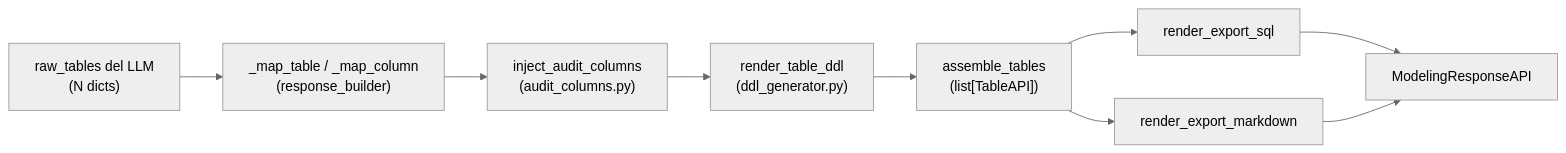
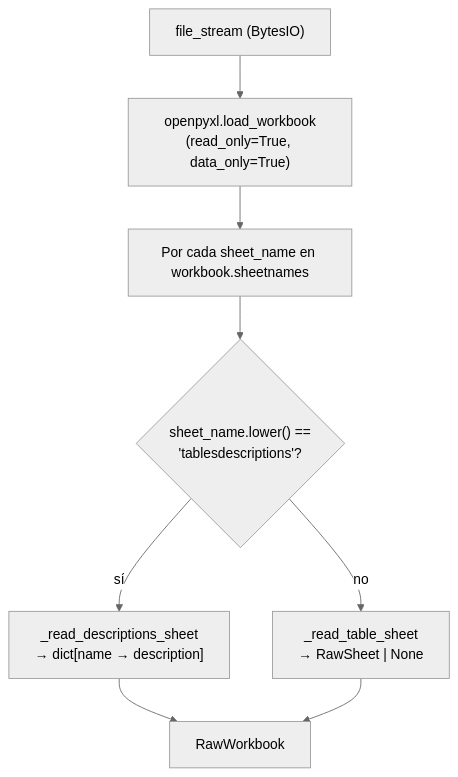
Before and after one commit to Carlosmps97/backend-data-model-hub: the second of 3 diagrams in doc/workflow.md, drawn with Mermaid (neutral theme). The commit also changed other lines of this file and 15 other files, not shown here.

````diff
--- a/doc/workflow.md
+++ b/doc/workflow.md
@@ -274,11 +51,10 @@
 ```mermaid
-flowchart LR
-    LLM["raw_tables del LLM<br/>(N dicts)"] --> MAP["_map_table / _map_column<br/>(response_builder)"]
-    MAP --> AC["inject_audit_columns<br/>(audit_columns.py)"]
-    AC --> DDL["render_table_ddl<br/>(ddl_generator.py)"]
-    DDL --> AGG["assemble_tables<br/>(list[TableAPI])"]
-    AGG --> SQL["render_export_sql"]
-    AGG --> MD["render_export_markdown"]
-    SQL --> RES["ModelingResponseAPI"]
-    MD --> RES
+flowchart TD
+    F["file_stream (BytesIO)"] --> O["openpyxl.load_workbook<br/>(read_only=True, data_only=True)"]
+    O --> L["Por cada sheet_name en workbook.sheetnames"]
+    L --> Q{"sheet_name.lower() ==<br/>'tablesdescriptions'?"}
+    Q -->|"sí"| DS["_read_descriptions_sheet<br/>→ dict[name → description]"]
+    Q -->|"no"| TS["_read_table_sheet<br/>→ RawSheet | None"]
+    DS --> R["RawWorkbook"]
+    TS --> R
 ```
````
